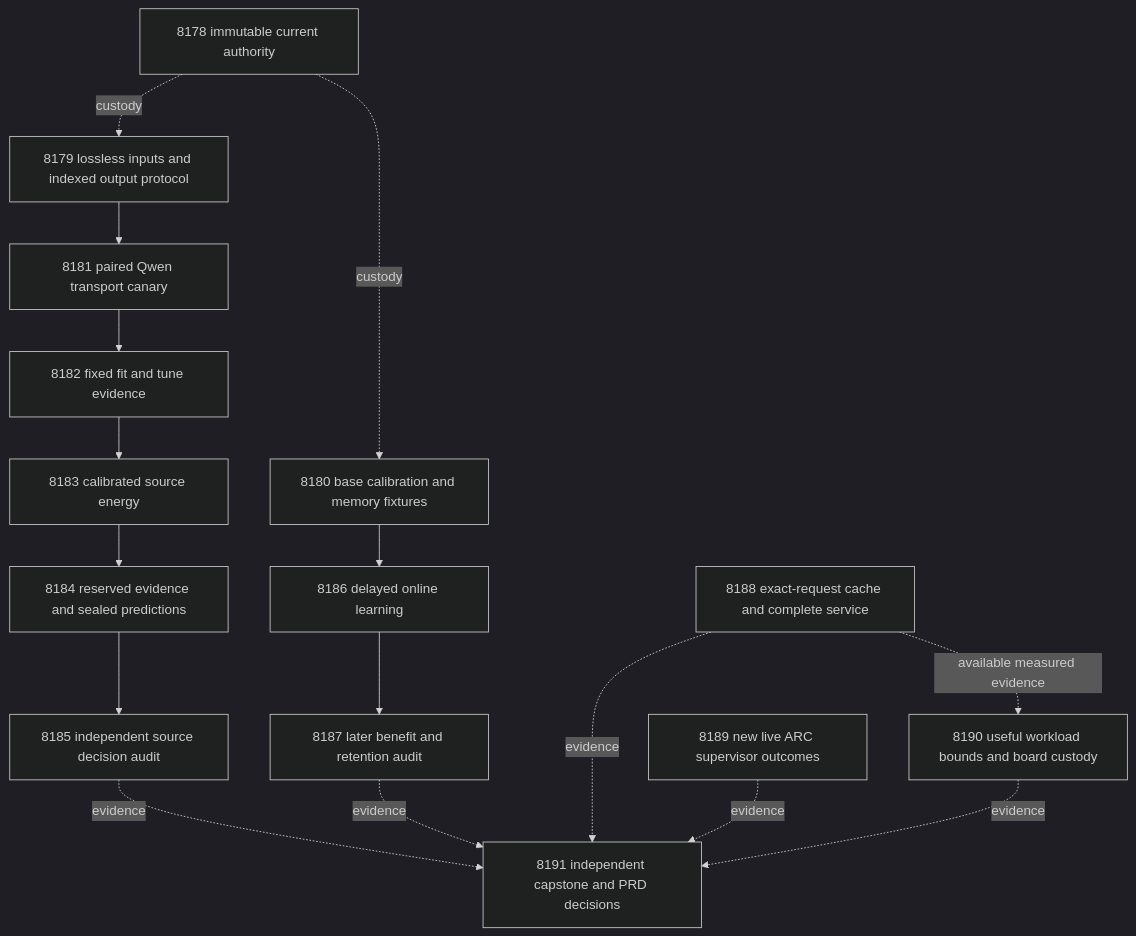
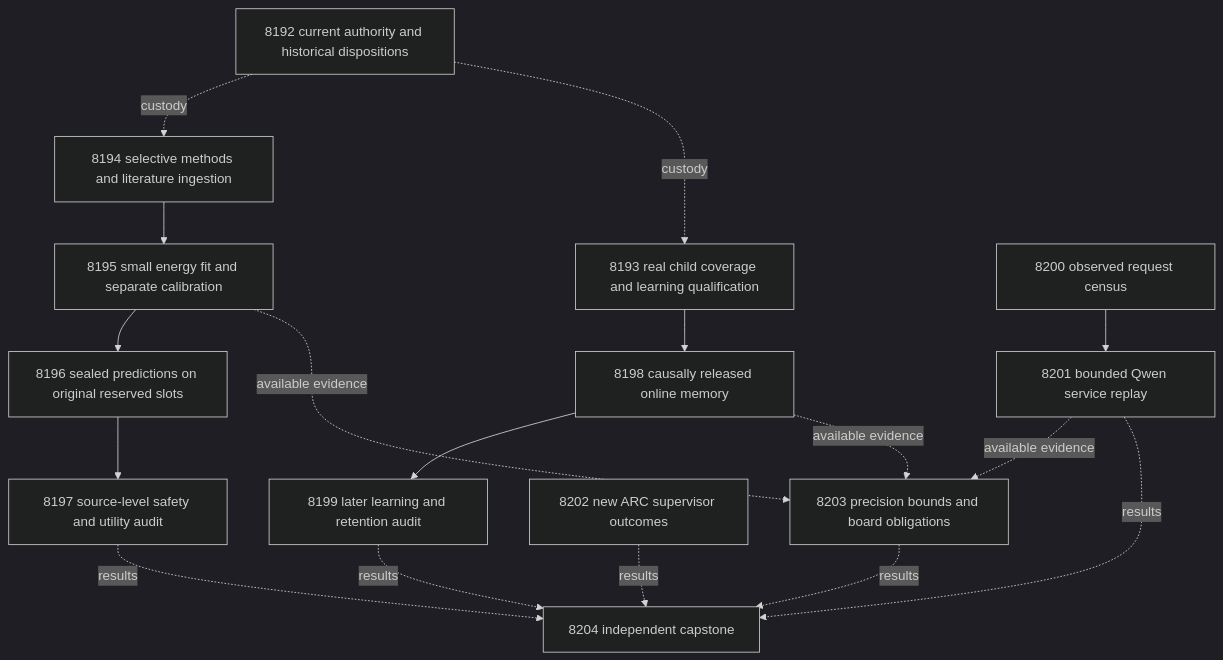
One commit to Carnot-EBM/carnot-ebm changed the diagram in openspec/change-proposals/research-roadmap-vNEXT.md. Above: the diagram before and after it, drawn with Mermaid (dark theme). The commit also changed other lines of this file and 12 other files, not shown here.

````diff
--- a/openspec/change-proposals/research-roadmap-vNEXT.md
+++ b/openspec/change-proposals/research-roadmap-vNEXT.md
@@ -97,27 +100,29 @@
 ```mermaid
 flowchart TD
-  A[8178 immutable current authority]
-  S[8179 lossless inputs and indexed output protocol]
-  C[8181 paired Qwen transport canary]
-  F[8182 fixed fit and tune evidence]
-  T[8183 calibrated source energy]
-  E[8184 reserved evidence and sealed predictions]
-  D[8185 independent source decision audit]
-  M[8180 base calibration and memory fixtures]
-  L[8186 delayed online learning]
-  R[8187 later benefit and retention audit]
-  V[8188 exact-request cache and complete service]
-  O[8189 new live ARC supervisor outcomes]
-  H[8190 useful workload bounds and board custody]
-  X[8191 independent capstone and PRD decisions]
-  A -. custody .-> S
+  A[8192 current authority and historical dispositions]
+  M[8194 selective methods and literature ingestion]
+  F[8195 small energy fit and separate calibration]
+  P[8196 sealed predictions on original reserved slots]
+  D[8197 source-level safety and utility audit]
+  Q[8193 real child coverage and learning qualification]
+  L[8198 causally released online memory]
+  R[8199 later learning and retention audit]
+  T[8200 observed request census]
+  S[8201 bounded Qwen service replay]
+  C[8202 new ARC supervisor outcomes]
+  H[8203 precision bounds and board obligations]
+  X[8204 independent capstone]
   A -. custody .-> M
-  S --> C --> F --> T --> E --> D
-  M --> L --> R
-  V -. available measured evidence .-> H
-  D -. evidence .-> X
-  R -. evidence .-> X
-  V -. evidence .-> X
-  O -. evidence .-> X
-  H -. evidence .-> X
+  A -. custody .-> Q
+  M --> F --> P --> D
+  Q --> L --> R
+  T --> S
+  F -. available evidence .-> H
+  L -. available evidence .-> H
+  S -. available evidence .-> H
+  D -. results .-> X
+  R -. results .-> X
+  S -. results .-> X
+  C -. results .-> X
+  H -. results .-> X
 ```
````
